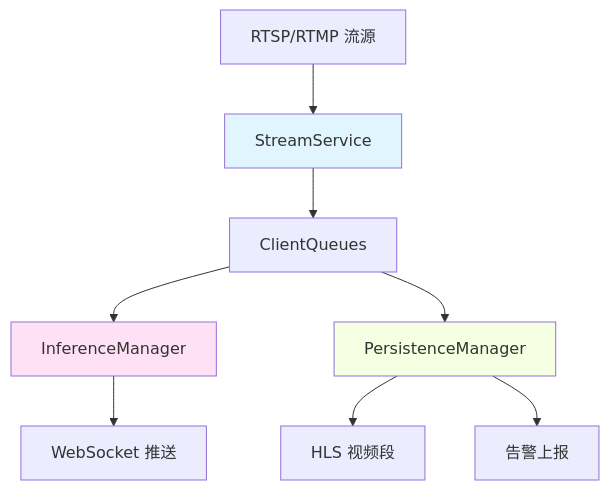
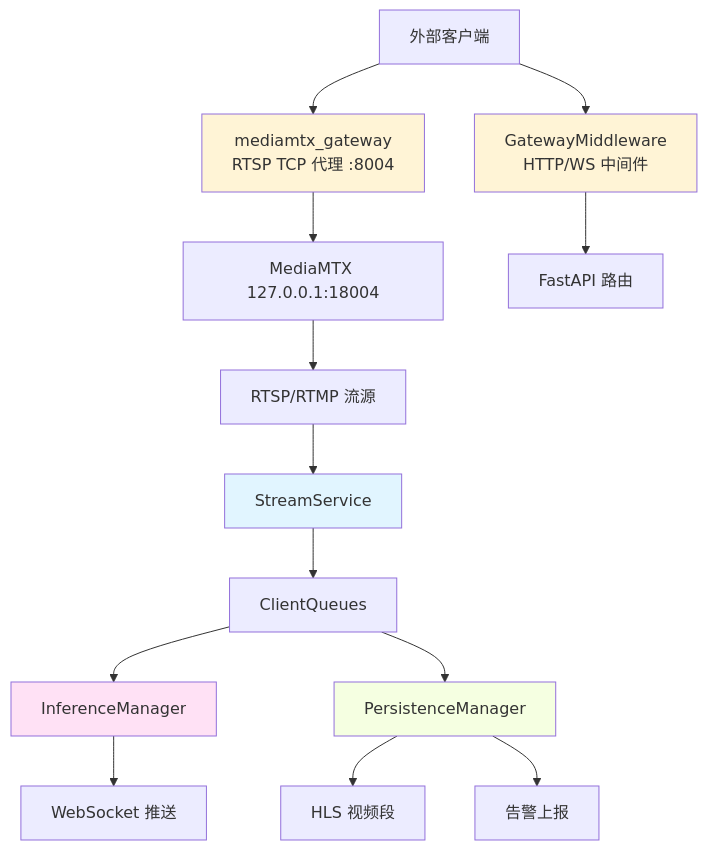
Before and after one commit to Jiadezhende/CleanSightBackend: the diagram in docs/ARCHITECTURE_OVERVIEW.md, drawn with Mermaid. The commit also changed other lines of this file and 11 other files, not shown here.

First line of the commit message:
docs: 同步 4.9-4.13 架构改动 — 新增 API Gateway 文档，刷新重连/路由/接口说明

````diff
--- a/docs/ARCHITECTURE_OVERVIEW.md
+++ b/docs/ARCHITECTURE_OVERVIEW.md
@@ -29,14 +30,21 @@
 ```mermaid
 graph TB
-    A[RTSP/RTMP 流源] --> B[StreamService]
+    CLIENT[外部客户端] --> GW_RTSP[mediamtx_gateway<br/>RTSP TCP 代理 :8004]
+    CLIENT --> GW_HTTP[GatewayMiddleware<br/>HTTP/WS 中间件]
+    GW_RTSP --> MTX[MediaMTX 127.0.0.1:18004]
+    MTX --> A[RTSP/RTMP 流源]
+    GW_HTTP --> ROUTERS[FastAPI 路由]
+    A --> B[StreamService]
     B --> C[ClientQueues]
     C --> D[InferenceManager]
     C --> E[PersistenceManager]
     D --> F[WebSocket 推送]
     E --> G[HLS 视频段]
     E --> H[告警上报]
 
+    style GW_RTSP fill:#fff4d6
+    style GW_HTTP fill:#fff4d6
     style B fill:#e1f5ff
     style D fill:#ffe1f5
     style E fill:#f5ffe1
 ```
````
